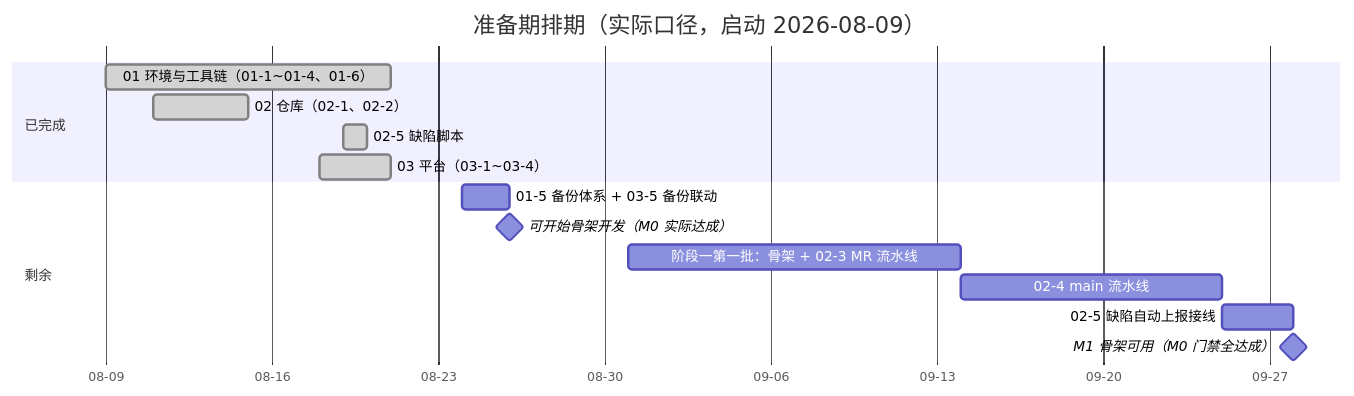
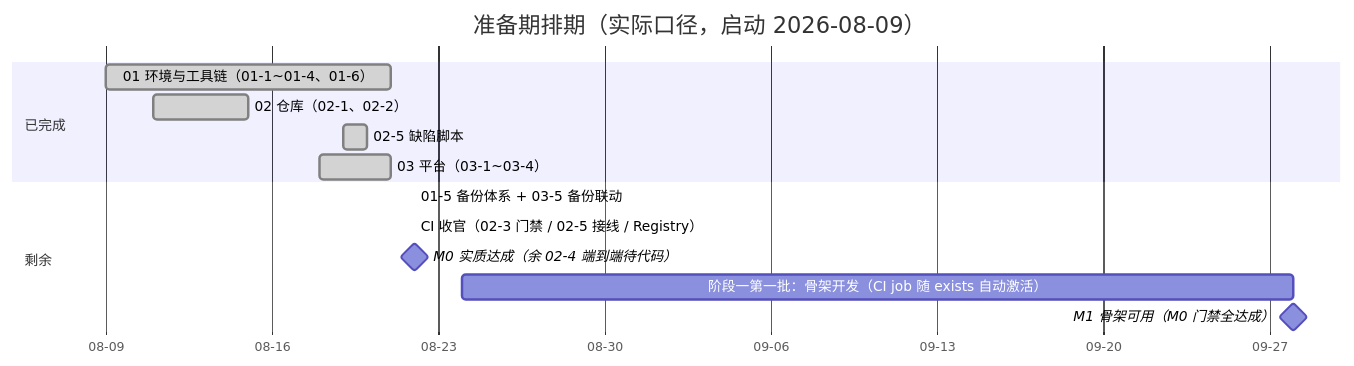
The diagram in 文档/项目/00_准备期/计划/01_计划_准备期.md (minjian123/basic-management-system), drawn with Mermaid before and after one commit. The commit also changed other lines of this file and 10 other files, not shown here.

````diff
--- a/文档/项目/00_准备期/计划/01_计划_准备期.md
+++ b/文档/项目/00_准备期/计划/01_计划_准备期.md
@@ -49,18 +49,17 @@
 ```mermaid
 gantt
     title 准备期排期（实际口径，启动 2026-08-09）
     dateFormat YYYY-MM-DD
     axisFormat %m-%d
     section 已完成
     01 环境与工具链（01-1~01-4、01-6） :done, t01, 2026-08-09, 2026-08-21
     02 仓库（02-1、02-2） :done, t02, 2026-08-11, 2026-08-15
     02-5 缺陷脚本 :done, t02b, 2026-08-19, 1d
     03 平台（03-1~03-4） :done, t03, 2026-08-18, 2026-08-21
     section 剩余
-    01-5 备份体系 + 03-5 备份联动 :t04, 2026-08-24, 2026-08-26
-    可开始骨架开发（M0 实际达成） :milestone, m0, 2026-08-26, 0d
-    阶段一第一批：骨架 + 02-3 MR 流水线 :t05, 2026-08-31, 2026-09-14
-    02-4 main 流水线 :t06, 2026-09-14, 2026-09-25
-    02-5 缺陷自动上报接线 :t07, 2026-09-25, 2026-09-28
+    01-5 备份体系 + 03-5 备份联动 :done, t04, 2026-08-22, 2026-08-22
+    CI 收官（02-3 门禁 / 02-5 接线 / Registry） :done, t05, 2026-08-22, 2026-08-22
+    M0 实质达成（余 02-4 端到端待代码） :milestone, m0, 2026-08-22, 0d
+    阶段一第一批：骨架开发（CI job 随 exists 自动激活） :t06, 2026-08-24, 2026-09-28
     M1 骨架可用（M0 门禁全达成） :milestone, m1, 2026-09-28, 0d
 ```
````
